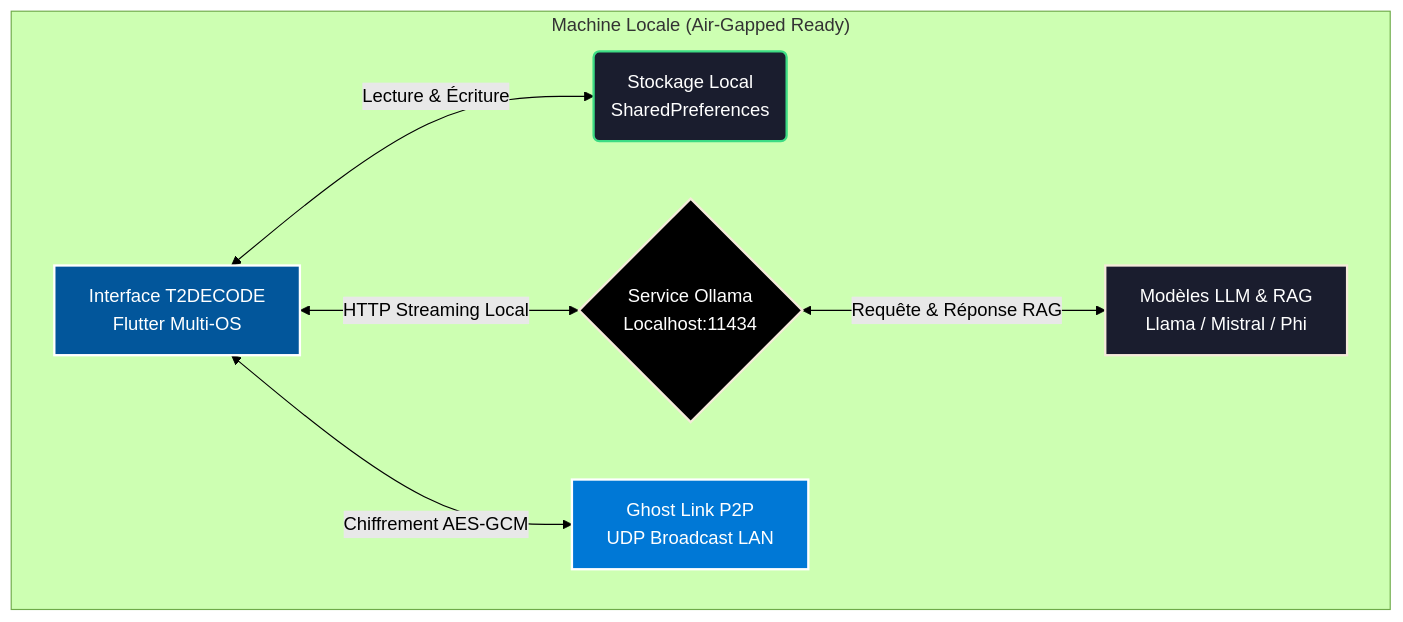
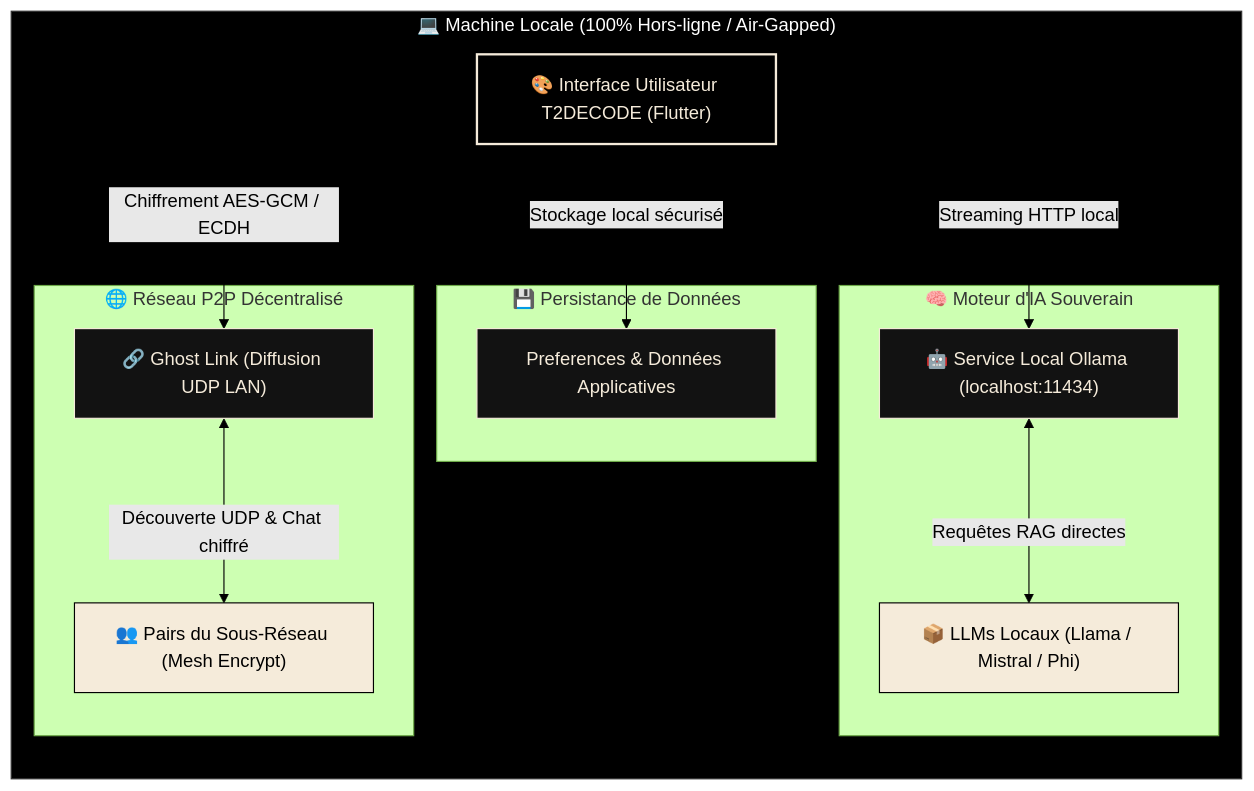
Before and after one commit to TUTODECODE-FR/T2DECODE: the diagram in README.md, drawn with Mermaid (forest theme).

Commit message:
docs: upgrade Mermaid architecture diagram to premium Noir & Beige style

````diff
--- a/README.md
+++ b/README.md
@@ -44,21 +44,37 @@
 ```mermaid
-graph TD
-    subgraph "Machine Locale (Air-Gapped Ready)"
-        A[Interface T2DECODE<br/>Flutter Multi-OS]
-        B(Stockage Local<br/>SharedPreferences)
-        C{Service Ollama<br/>Localhost:11434}
-        D[Modèles LLM & RAG<br/>Llama / Mistral / Phi]
-        E[Ghost Link P2P<br/>UDP Broadcast LAN]
+flowchart TB
+    subgraph Client ["💻 Machine Locale (100% Hors-ligne / Air-Gapped)"]
+        direction TB
+        App["🎨 Interface Utilisateur T2DECODE (Flutter)"]
+        
+        subgraph Storage ["💾 Persistance de Données"]
+            DB["Preferences & Données Applicatives"]
+        end
+        
+        subgraph AI ["🧠 Moteur d'IA Souverain"]
+            Ollama["🤖 Service Local Ollama (localhost:11434)"]
+            Models["📦 LLMs Locaux (Llama / Mistral / Phi)"]
+        end
+        
+        subgraph Network ["🌐 Réseau P2P Décentralisé"]
+            P2P["🔗 Ghost Link (Diffusion UDP LAN)"]
+            Peers["👥 Pairs du Sous-Réseau (Mesh Encrypt)"]
+        end
     end
 
-    A <-->|Lecture & Écriture| B
-    A <-->|HTTP Streaming Local| C
-    C <-->|Requête & Réponse RAG| D
-    A <-->|Chiffrement AES-GCM| E
+    App <-->|Stockage local sécurisé| DB
+    App <-->|Streaming HTTP local| Ollama
+    Ollama <-->|Requêtes RAG directes| Models
+    App <-->|Chiffrement AES-GCM / ECDH| P2P
+    P2P <-->|Découverte UDP & Chat chiffré| Peers
+
+    classDef default fill:#121212,stroke:#F5EBDA,stroke-width:1px,color:#F5EBDA;
+    classDef primary fill:#000000,stroke:#F5EBDA,stroke-width:2px,color:#F5EBDA;
+    classDef accent fill:#F5EBDA,stroke:#000000,stroke-width:1px,color:#000000;
+    classDef container fill:#000000,stroke:#333333,stroke-width:1px,color:#FFFFFF;
     
-    style A fill:#02569B,stroke:#FFF,stroke-width:2px,color:#FFF
-    style B fill:#1A1D2E,stroke:#3DDC84,stroke-width:2px,color:#FFF
-    style C fill:#000000,stroke:#F5EBDA,stroke-width:2px,color:#FFF
-    style D fill:#1A1D2E,stroke:#F5EBDA,stroke-width:2px,color:#FFF
-    style E fill:#0078D6,stroke:#FFF,stroke-width:2px,color:#FFF
+    class App primary;
+    class DB,Ollama,P2P default;
+    class Models,Peers accent;
+    class Client container;
 ```
````
